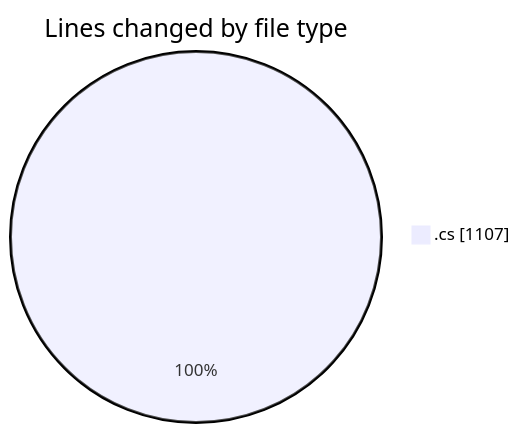
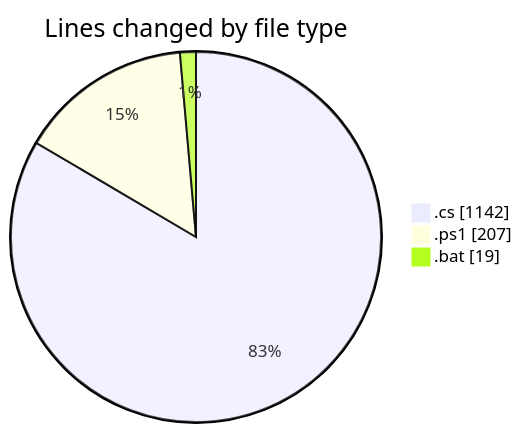
The first of 2 diagrams in 2025-07-28/quanlyrapchieuphim-2/README.md (lephambinh05/code-tracking), drawn with Mermaid before and after one commit. The commit also changed other lines of this file and 1 other file, not shown here.

````diff
--- a/2025-07-28/quanlyrapchieuphim-2/README.md
+++ b/2025-07-28/quanlyrapchieuphim-2/README.md
@@ -22,5 +25,7 @@
 ```mermaid
 pie showData
 title Lines changed by file type
-".cs" : 1107
+".cs" : 1142
+".ps1" : 207
+".bat" : 19
 ```
````
